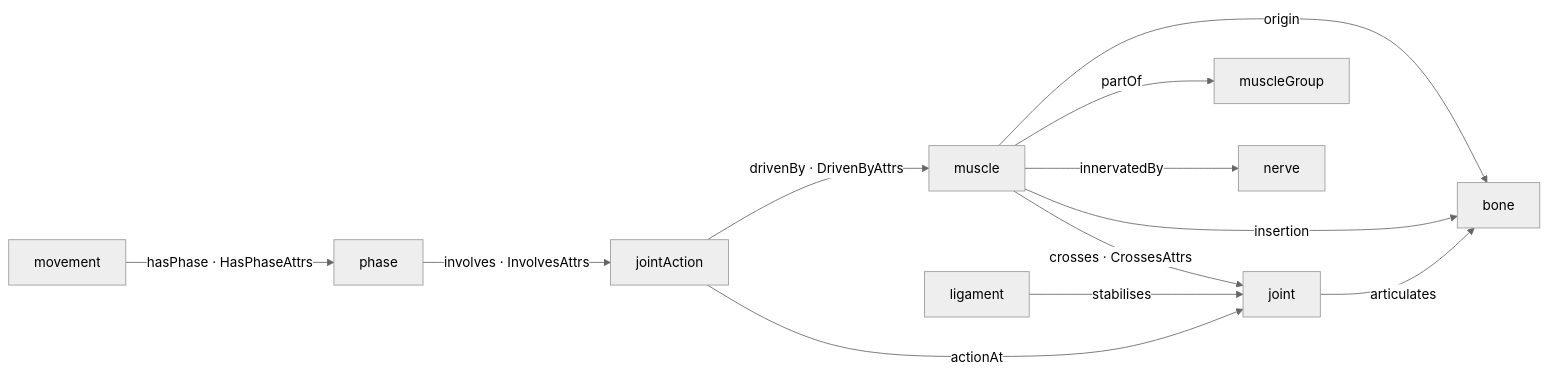
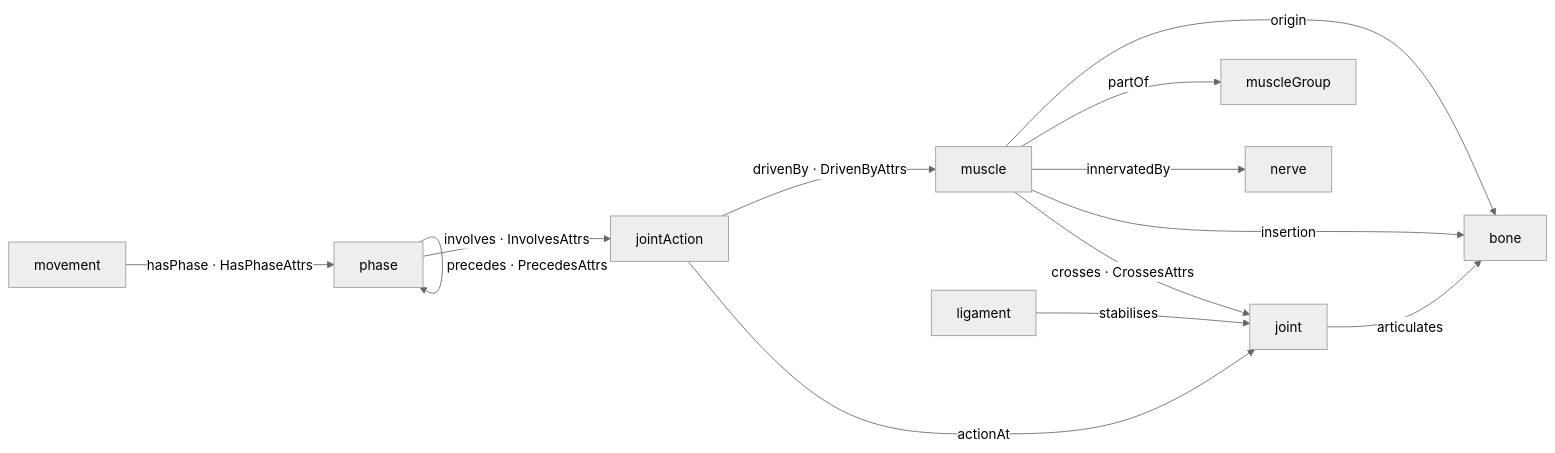
Before and after one commit to argent0/bio-mechanics: the diagram in generated/diagrams/schema.mmd, drawn with Mermaid (neutral theme). The commit also changed 19 other files, not shown here.

Commit message:
Phase cycle: precedes edges and a cycle layout The phase order lives in the graph and shows in Explore

```diff
--- a/generated/diagrams/schema.mmd
+++ b/generated/diagrams/schema.mmd
@@ -1,22 +1,23 @@
 %% Generated by `lake exe gen` from spec/BioMech/Schema.lean. Edit the Lean source, then regenerate: cd spec && lake exe gen
 flowchart LR
   n_bone["bone"]
   n_joint["joint"]
   n_muscle["muscle"]
   n_muscleGroup["muscleGroup"]
   n_ligament["ligament"]
   n_nerve["nerve"]
   n_movement["movement"]
   n_phase["phase"]
   n_jointAction["jointAction"]
   n_muscle -->|"origin"| n_bone
   n_muscle -->|"insertion"| n_bone
   n_muscle -->|"crosses · CrossesAttrs"| n_joint
   n_muscle -->|"partOf"| n_muscleGroup
   n_muscle -->|"innervatedBy"| n_nerve
   n_ligament -->|"stabilises"| n_joint
   n_joint -->|"articulates"| n_bone
   n_movement -->|"hasPhase · HasPhaseAttrs"| n_phase
+  n_phase -->|"precedes · PrecedesAttrs"| n_phase
   n_phase -->|"involves · InvolvesAttrs"| n_jointAction
   n_jointAction -->|"actionAt"| n_joint
   n_jointAction -->|"drivenBy · DrivenByAttrs"| n_muscle
```
